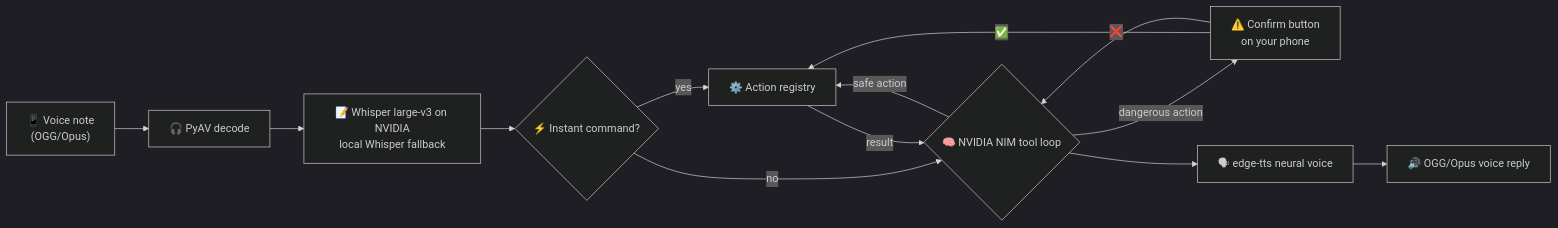
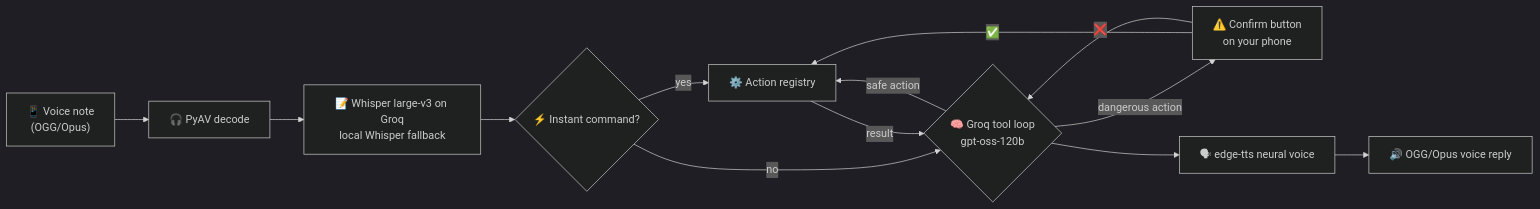
Before and after one commit to Arnab-apk/edith: the first of 2 diagrams in README.md, drawn with Mermaid (dark theme). The commit also changed other lines of this file and 10 other files, not shown here.

````diff
--- a/README.md
+++ b/README.md
@@ -137,15 +137,15 @@
 ```mermaid
 flowchart LR
     A["📱 Voice note<br/>(OGG/Opus)"] --> B["🎧 PyAV decode"]
-    B --> C["📝 Whisper large-v3 on NVIDIA<br/>local Whisper fallback"]
+    B --> C["📝 Whisper large-v3 on Groq<br/>local Whisper fallback"]
     C --> I{"⚡ Instant command?"}
     I -- "yes" --> E
-    I -- "no" --> D{"🧠 NVIDIA NIM tool loop"}
+    I -- "no" --> D{"🧠 Groq tool loop<br/>gpt-oss-120b"}
     D -- "safe action" --> E["⚙️ Action registry"]
     D -- "dangerous action" --> F["⚠️ Confirm button<br/>on your phone"]
     F -- "✅" --> E
     F -- "❌" --> D
     E -- "result" --> D
     D --> G["🗣 edge-tts neural voice"]
     G --> H["🔊 OGG/Opus voice reply"]
 ```
````
